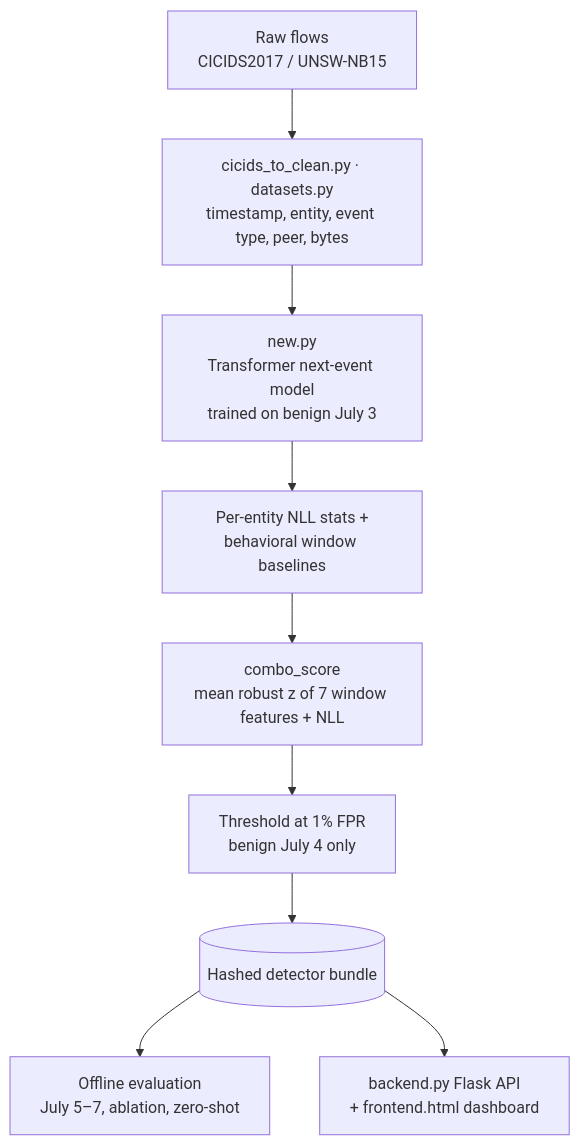
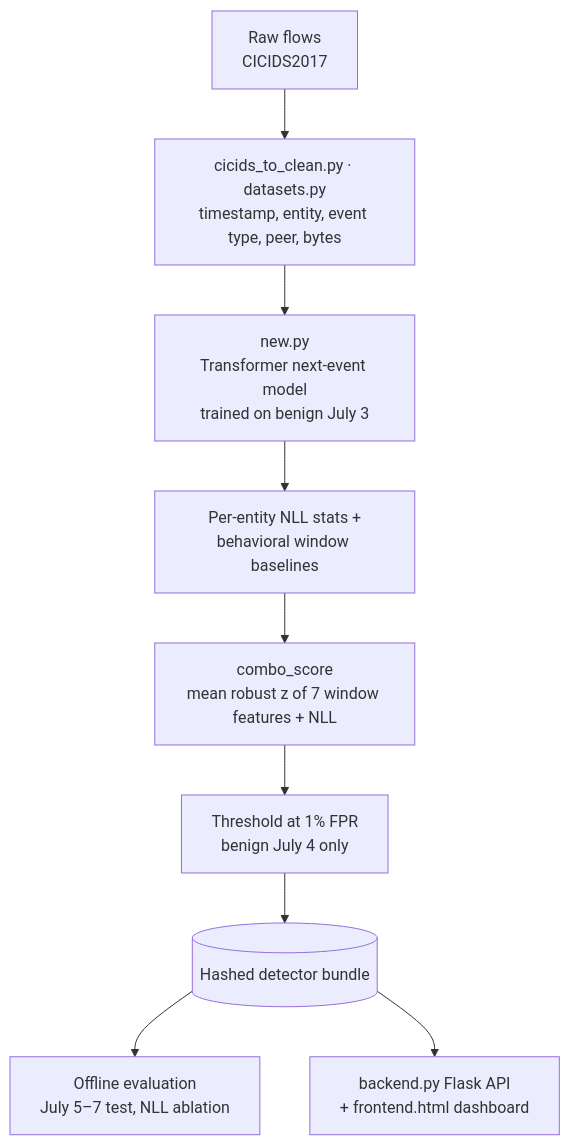
Before and after one commit to snoopy294/Log_Anomaly_Predictor: the diagram in README.md, drawn with Mermaid. The commit also changed other lines of this file, not shown here.

Commit message:
Mark UNSW-NB15 runs as not yet run; drop zero-shot from diagram

````diff
--- a/README.md
+++ b/README.md
@@ -9,11 +9,11 @@
 ```mermaid
 flowchart TD
-  raw["Raw flows<br/>CICIDS2017 / UNSW-NB15"] --> clean["cicids_to_clean.py · datasets.py<br/>timestamp, entity, event type, peer, bytes"]
+  raw["Raw flows<br/>CICIDS2017"] --> clean["cicids_to_clean.py · datasets.py<br/>timestamp, entity, event type, peer, bytes"]
   clean --> train["new.py<br/>Transformer next-event model<br/>trained on benign July 3"]
   train --> base["Per-entity NLL stats +<br/>behavioral window baselines"]
   base --> score["combo_score<br/>mean robust z of 7 window features + NLL"]
   score --> cal["Threshold at 1% FPR<br/>benign July 4 only"]
   cal --> bundle[("Hashed detector bundle")]
-  bundle --> offline["Offline evaluation<br/>July 5–7, ablation, zero-shot"]
+  bundle --> offline["Offline evaluation<br/>July 5–7 test, NLL ablation"]
   bundle --> api["backend.py Flask API<br/>+ frontend.html dashboard"]
 ```
````
